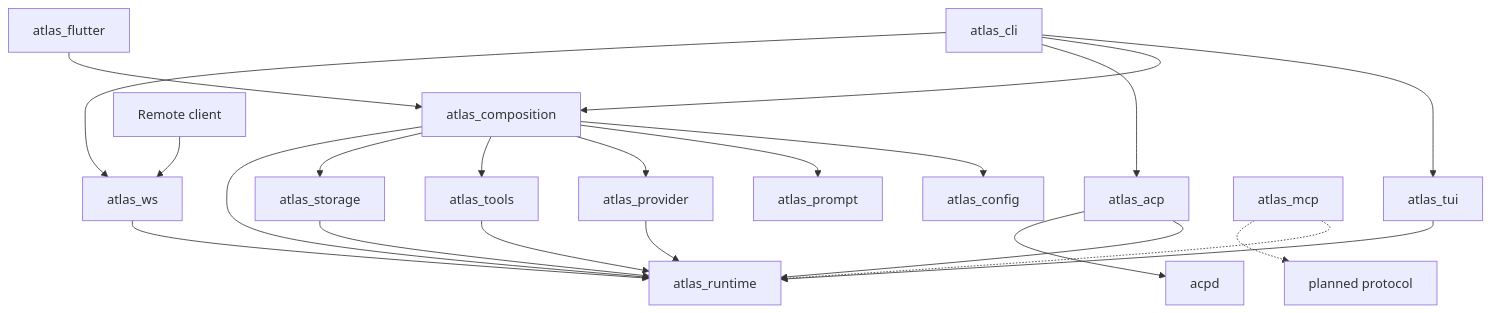
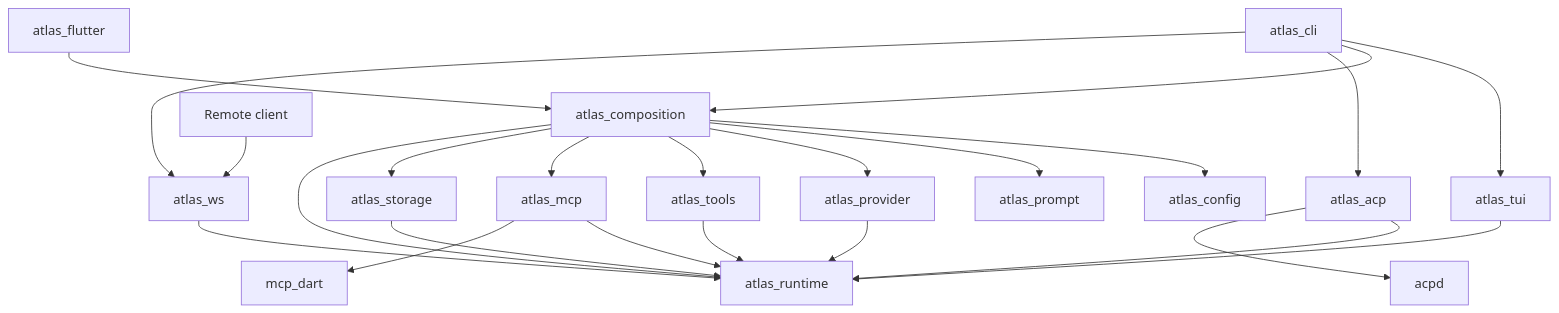
One commit to gvenusleo/Atlas changed the diagram in docs/architecture.md. Above: the diagram before and after it, drawn with Mermaid. The commit also changed other lines of this file and 56 other files, not shown here.

````diff
--- a/docs/architecture.md
+++ b/docs/architecture.md
@@ -19,24 +19,25 @@
 ```mermaid
 graph TD
     CLI[atlas_cli] --> TUI[atlas_tui]
     CLI --> COMP[atlas_composition]
     CLI --> ACP[atlas_acp]
     CLI --> WS[atlas_ws]
     FL[atlas_flutter] --> COMP
     COMP --> CONFIG[atlas_config]
     COMP --> PROMPT[atlas_prompt]
     COMP --> PROVIDER[atlas_provider]
     COMP --> TOOLS[atlas_tools]
+    COMP --> MCP[atlas_mcp]
     COMP --> STORAGE[atlas_storage]
     COMP --> RT[atlas_runtime]
     TUI --> RT
     ACP --> RT
     REMOTE[Remote client] --> WS
     WS --> RT
-    MCP[atlas_mcp] -.-> RT
+    MCP --> RT
     PROVIDER --> RT
     TOOLS --> RT
     STORAGE --> RT
     ACP --> ACPD[acpd]
-MCP -.-> JRPC[planned protocol]
+    MCP --> MCPSDK[mcp_dart]
 ```
````
